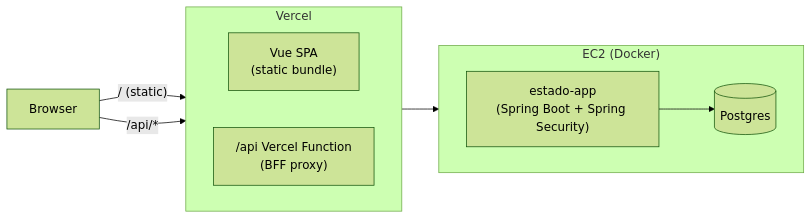
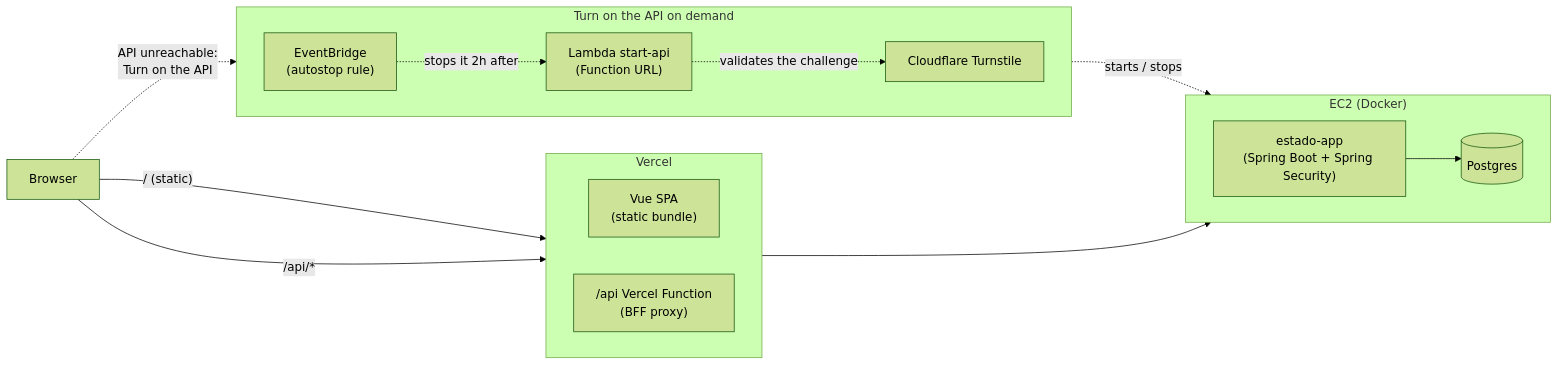
One commit to ronybrand/vue_state changed the diagram in README.md. Above: the diagram before and after it, drawn with Mermaid (forest theme).

Commit message:
docs: diagrama mostra a Lambda start-api (Ligar a API sob demanda) (#10)

````diff
--- a/README.md
+++ b/README.md
@@ -15,21 +15,33 @@
 ```mermaid
 flowchart LR
     Browser["Browser"]
 
     subgraph Vercel["Vercel"]
         direction LR
         Static["Vue SPA\n(static bundle)"]
         Proxy["/api Vercel Function\n(BFF proxy)"]
     end
 
     subgraph EC2["EC2 (Docker)"]
         direction LR
         App["estado-app\n(Spring Boot + Spring Security)"]
         DB[("Postgres")]
     end
 
+
+    subgraph OnDemand["Turn on the API on demand"]
+        direction LR
+        Lambda["Lambda start-api\n(Function URL)"]
+        Turnstile["Cloudflare Turnstile"]
+        Autostop["EventBridge\n(autostop rule)"]
+    end
+
     Browser -- "/ (static)" --> Static
     Browser -- "/api/*" --> Proxy
     Proxy --> App
     App --> DB
+    Browser -. "API unreachable:\nTurn on the API" .-> Lambda
+    Lambda -. "validates the challenge" .-> Turnstile
+    Lambda -. "starts / stops" .-> EC2
+    Autostop -. "stops it 2h after" .-> Lambda
 ```
````
